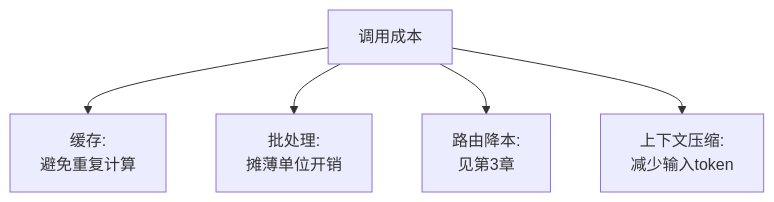
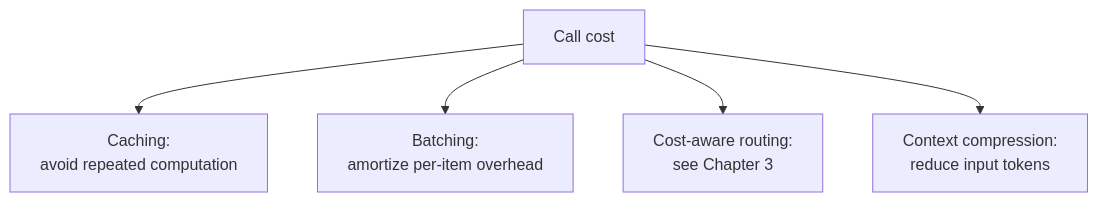
Before and after one commit to oneleaveknowsthefall/awesome-ai-roadmap: the diagram in docs/engineering/06-performance-operations/11-caching-batching-throughput-cost.md, drawn with Mermaid. The commit also changed other lines of this file and 82 other files, not shown here.

````diff
--- a/docs/engineering/06-performance-operations/11-caching-batching-throughput-cost.md
+++ b/docs/engineering/06-performance-operations/11-caching-batching-throughput-cost.md
@@ -11,7 +11,7 @@
 ```mermaid
 flowchart TB
-    COST["调用成本"] --> CACHE["缓存:<br/>避免重复计算"]
-    COST --> BATCH["批处理:<br/>摊薄单位开销"]
-    COST --> ROUTE["路由降本:<br/>见第3章"]
-    COST --> CTX["上下文压缩:<br/>减少输入token"]
+    COST["Call cost"] --> CACHE["Caching:<br/>avoid repeated computation"]
+    COST --> BATCH["Batching:<br/>amortize per-item overhead"]
+    COST --> ROUTE["Cost-aware routing:<br/>see Chapter 3"]
+    COST --> CTX["Context compression:<br/>reduce input tokens"]
 ```
````
